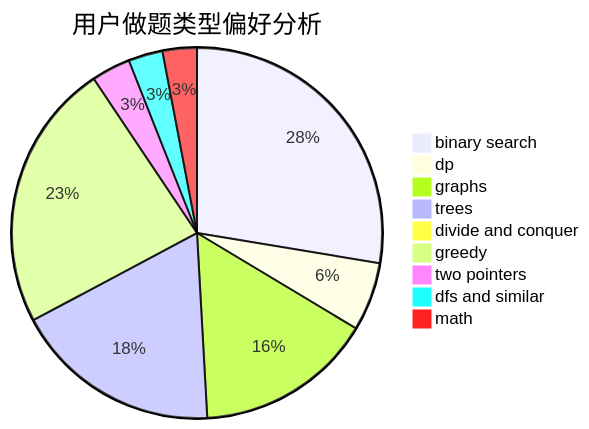
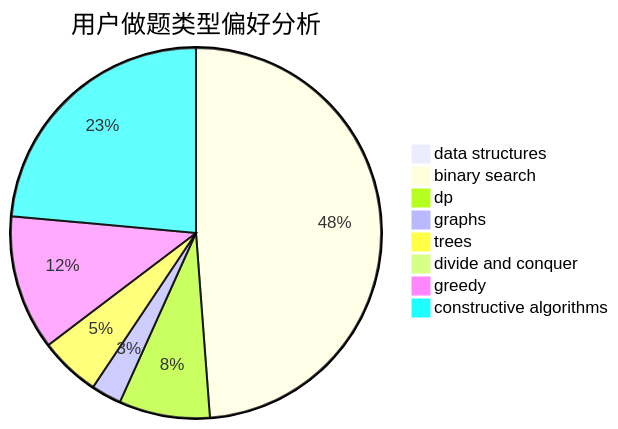
Before and after one commit to sherpahu/cfrs.github.io: the second of 3 diagrams in docs/user/u2645.md, drawn with Mermaid. The commit also changed other lines of this file and 2775 other files, not shown here.

````diff
--- a/docs/user/u2645.md
+++ b/docs/user/u2645.md
@@ -23,12 +23,11 @@
 ```mermaid
 pie title 用户做题类型偏好分析
+    "data structures" :  3
     "binary search" :  203
-    "dp" :  44
-    "graphs" :  114
-    "trees" :  133
+    "dp" :  33
+    "graphs" :  11
+    "trees" :  22
     "divide and conquer" :  0
-    "greedy" :  172
-    "two pointers" :  25
-    "dfs and similar" :  22
-    "math" :  22
+    "greedy" :  49
+    "constructive algorithms" :  98
 ```
````
